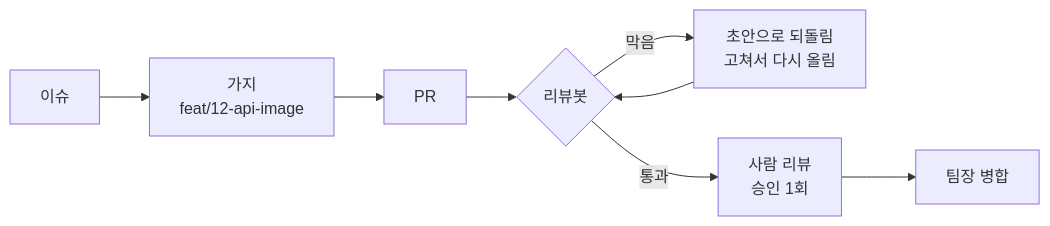
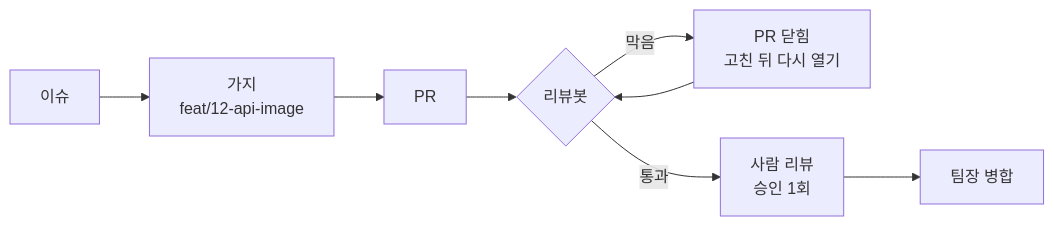
Before and after one commit to kids-gallery/uri-gallery: the third of 3 diagrams in README.md, drawn with Mermaid. The commit also changed other lines of this file and 5 other files, not shown here.

````diff
--- a/README.md
+++ b/README.md
@@ -115,6 +115,6 @@
 ```mermaid
 flowchart LR
   I[이슈] --> B[가지<br/>feat/12-api-image] --> P[PR] --> R{리뷰봇}
-  R -->|막음| D[초안으로 되돌림<br/>고쳐서 다시 올림] --> R
+  R -->|막음| D[PR 닫힘<br/>고친 뒤 다시 열기] --> R
   R -->|통과| H[사람 리뷰<br/>승인 1회] --> M[팀장 병합]
 ```
````
